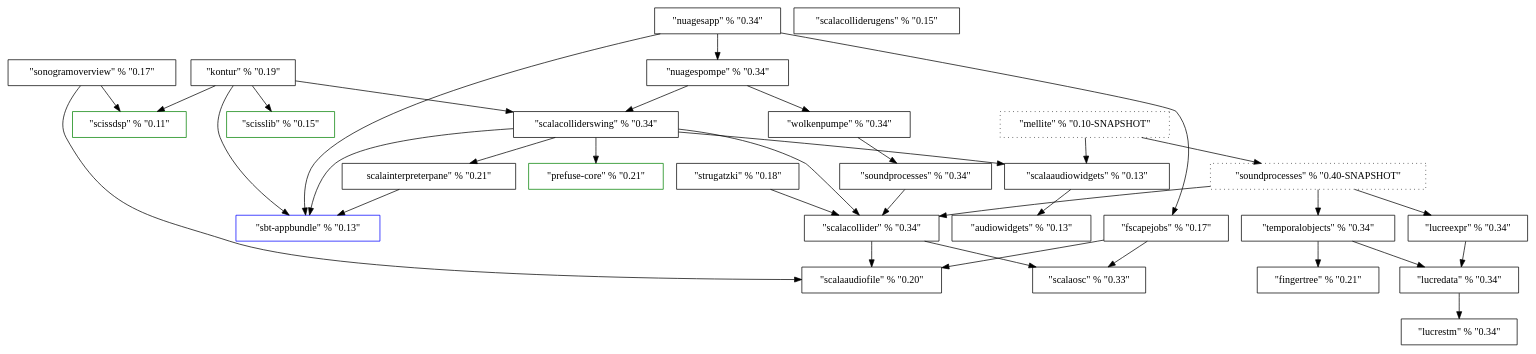
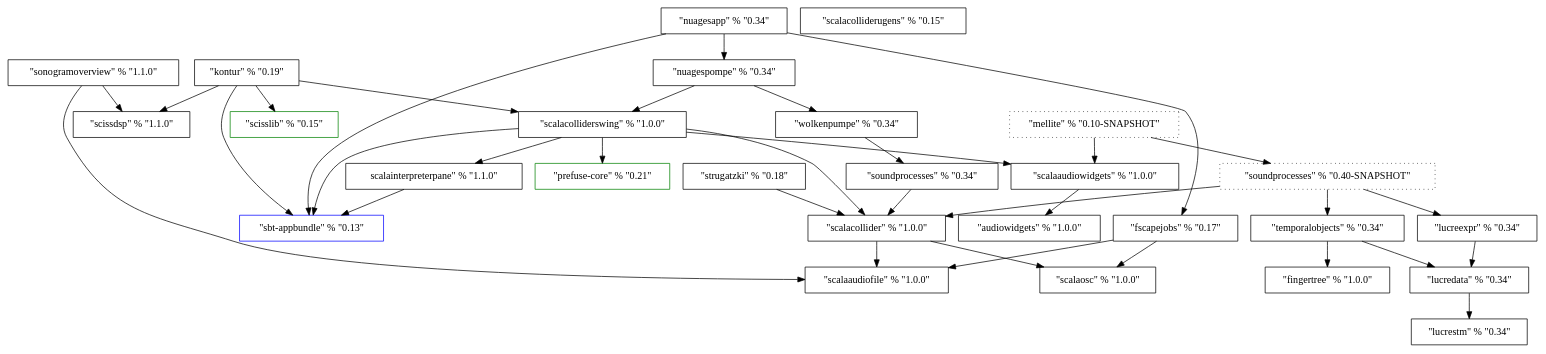
One commit to Sciss/HistoricalCode changed the diagram in ProjectDependencies/dep.dot. Above: the diagram before and after it, drawn with Graphviz.

```diff
--- a/ProjectDependencies/dep.dot
+++ b/ProjectDependencies/dep.dot
@@ -1,64 +1,64 @@
 digraph G {
-	ScalaOSC [label="\"scalaosc\" % \"0.33\"", shape=box];
-	ScalaAudioFile [label="\"scalaaudiofile\" % \"0.20\"", shape=box];
+	ScalaOSC [label="\"scalaosc\" % \"1.0.0\"", shape=box];
+	ScalaAudioFile [label="\"scalaaudiofile\" % \"1.0.0\"", shape=box];
 	FScapeJobs [label="\"fscapejobs\" % \"0.17\"", shape=box];
-	AudioWidgets [label="\"audiowidgets\" % \"0.13\"", shape=box];
-	ScalaAudioWidgets [label="\"scalaaudiowidgets\" % \"0.13\"", shape=box];
+	AudioWidgets [label="\"audiowidgets\" % \"1.0.0\"", shape=box];
+	ScalaAudioWidgets [label="\"scalaaudiowidgets\" % \"1.0.0\"", shape=box];
 	SbtAppbundle [label="\"sbt-appbundle\" % \"0.13\"", shape=Box, color=blue];
-	ScissDSP [label="\"scissdsp\" % \"0.11\"", shape=Box, color=green];
-	SonogramOverview [label="\"sonogramoverview\" % \"0.17\"", shape=Box];
-	ScalaCollider [label="\"scalacollider\" % \"0.34\"", shape=Box];
+	ScissDSP [label="\"scissdsp\" % \"1.1.0\"", shape=Box];
+	SonogramOverview [label="\"sonogramoverview\" % \"1.1.0\"", shape=Box];
+	ScalaCollider [label="\"scalacollider\" % \"1.0.0\"", shape=Box];
 	Strugatzki [label="\"strugatzki\" % \"0.18\"", shape=Box];
-	ScalaInterpreterPane [label="\scalainterpreterpane\" % \"0.21\"", shape=Box];
+	ScalaInterpreterPane [label="\scalainterpreterpane\" % \"1.1.0\"", shape=Box];
 	PrefuseCore [label="\"prefuse-core\" % \"0.21\"", shape=Box, color=green];
-	ScalaColliderSwing [label="\"scalacolliderswing\" % \"0.34\"", shape=Box];
+	ScalaColliderSwing [label="\"scalacolliderswing\" % \"1.0.0\"", shape=Box];
 	SoundProcesses [label="\"soundprocesses\" % \"0.34\"", shape=Box];
 	Wolkenpumpe [label="\"wolkenpumpe\" % \"0.34\"", shape=Box];
 	NuagesPompe [label="\"nuagespompe\" % \"0.34\"", shape=Box];
 	NuagesApp [label="\"nuagesapp\" % \"0.34\"", shape=Box];
 	ScissLib [label="\"scisslib\" % \"0.15\"", shape=Box, color=green];
 	Kontur [label="\"kontur\" % \"0.19\"", shape=Box];
-	FingerTree [label="\"fingertree\" % \"0.21\"", shape=Box];
+	FingerTree [label="\"fingertree\" % \"1.0.0\"", shape=Box];
 	ScalaColliderUGens [label="\"scalacolliderugens\" % \"0.15\"", shape=Box];
 	LucreSTM [label="\"lucrestm\" % \"0.34\"", shape=Box];
 	LucreData [label="\"lucredata\" % \"0.34\"", shape=Box];
 	LucreExpr [label="\"lucreexpr\" % \"0.34\"", shape=Box];
 	TemporalObjects [label="\"temporalobjects\" % \"0.34\"", shape=Box];
 	SoundProcesses3 [label="\"soundprocesses\" % \"0.40-SNAPSHOT\"", shape=Box, style=dotted];
 	Mellite [label="\"mellite\" % \"0.10-SNAPSHOT\"", shape=Box, style=dotted];
 	
 	FScapeJobs -> ScalaOSC;
 	FScapeJobs -> ScalaAudioFile;
 	ScalaAudioWidgets -> AudioWidgets;
 	SonogramOverview -> ScalaAudioFile;
 	SonogramOverview -> ScissDSP;
 	ScalaCollider -> ScalaOSC;
 	ScalaCollider -> ScalaAudioFile;
 	Strugatzki -> ScalaCollider;
 	ScalaInterpreterPane -> SbtAppbundle;
 	ScalaColliderSwing -> SbtAppbundle;
 	ScalaColliderSwing -> ScalaCollider;
 	ScalaColliderSwing -> ScalaInterpreterPane;
 	ScalaColliderSwing -> PrefuseCore;
 	ScalaColliderSwing -> ScalaAudioWidgets;
 	SoundProcesses -> ScalaCollider;
 	Wolkenpumpe -> SoundProcesses;
 	NuagesPompe -> Wolkenpumpe;
 	NuagesPompe -> ScalaColliderSwing;
 	NuagesApp -> SbtAppbundle;
 	NuagesApp -> NuagesPompe;
 	NuagesApp -> FScapeJobs;
 	Kontur -> SbtAppbundle;
 	Kontur -> ScalaColliderSwing;
 	Kontur -> ScissDSP;
 	Kontur -> ScissLib;
 	LucreData -> LucreSTM;
    LucreExpr -> LucreData;
 	TemporalObjects -> FingerTree;
 	TemporalObjects -> LucreData;
 	SoundProcesses3 -> ScalaCollider;
 	SoundProcesses3 -> TemporalObjects;
 	SoundProcesses3 -> LucreExpr;
 	Mellite -> SoundProcesses3;
 	Mellite -> ScalaAudioWidgets;
 }
```
